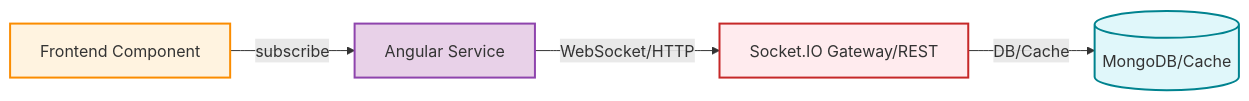
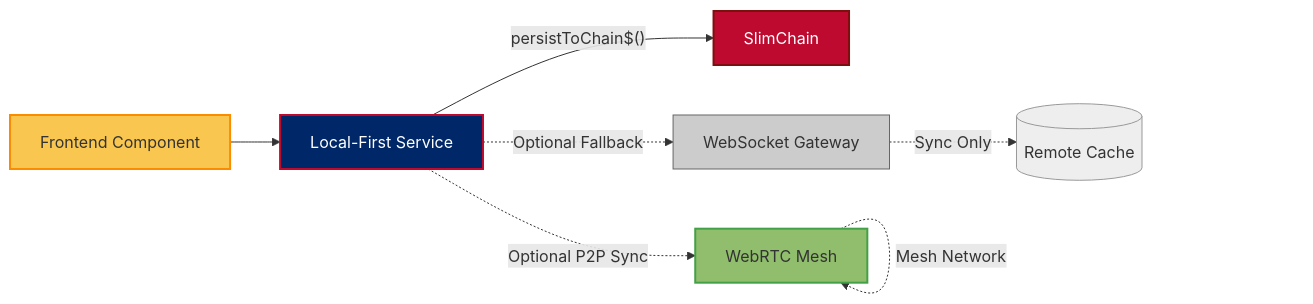
One commit to JeffreySanford/forge-board changed the seventh of 7 diagrams in forgeboard-frontend/src/assets/documentation/CODING-STANDARDS.md. Above: the diagram before and after it, drawn with Mermaid. The commit also changed other lines of this file and 62 other files, not shown here.

````diff
--- a/forgeboard-frontend/src/assets/documentation/CODING-STANDARDS.md
+++ b/forgeboard-frontend/src/assets/documentation/CODING-STANDARDS.md
@@ -112,10 +203,16 @@
 ```mermaid
 flowchart LR
-  FE[Frontend Component]:::component -->|subscribe| SVC[Angular Service]:::service
-  SVC -->|WebSocket/HTTP| GW[Socket.IO Gateway/REST]:::backend
-  GW -->|DB/Cache| DB[(MongoDB/Cache)]:::db
-  classDef component fill:#FFF3E0,stroke:#FB8C00,stroke-width:2px;
-  classDef service fill:#E8D1E8,stroke:#8E44AD,stroke-width:2px;
-  classDef backend fill:#FFEBEE,stroke:#C62828,stroke-width:2px;
-  classDef db fill:#E0F7FA,stroke:#00838F,stroke-width:2px;
+  FE[Frontend Component]:::component --> SVC[Local-First Service]:::service
+  SVC -->|"persistToChain$()"| CHAIN[SlimChain]:::chain
+  SVC -.->|"Optional P2P Sync"| P2P[WebRTC Mesh]:::p2p
+  SVC -.->|"Optional Fallback"| WS[WebSocket Gateway]:::backend
+  P2P -.->|"Mesh Network"| P2P
+  WS -.->|"Sync Only"| DB[(Remote Cache)]:::db
+  
+  classDef component fill:#F9C74F,stroke:#FB8C00,stroke-width:2px;
+  classDef service fill:#002868,stroke:#BF0A30,stroke-width:2px,color:#FFFFFF;
+  classDef chain fill:#BF0A30,stroke:#7D100E,stroke-width:2px,color:#FFFFFF;
+  classDef p2p fill:#90BE6D,stroke:#43A047,stroke-width:2px;
+  classDef backend fill:#CCCCCC,stroke:#666666,stroke-width:1px;
+  classDef db fill:#EEEEEE,stroke:#999999,stroke-width:1px;
 ```
````
